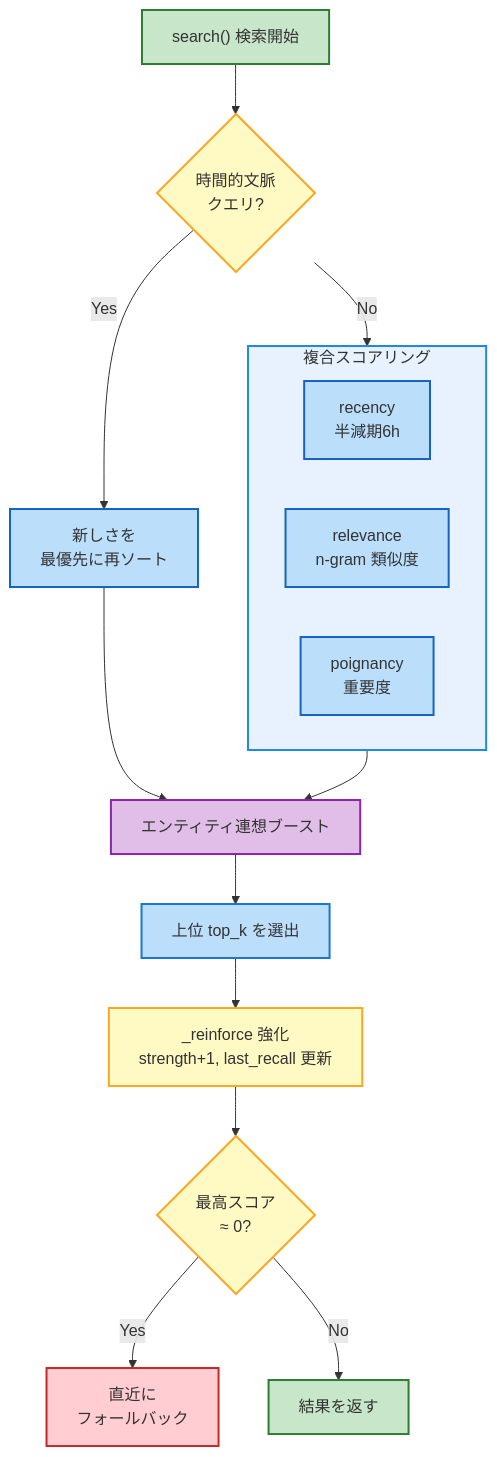
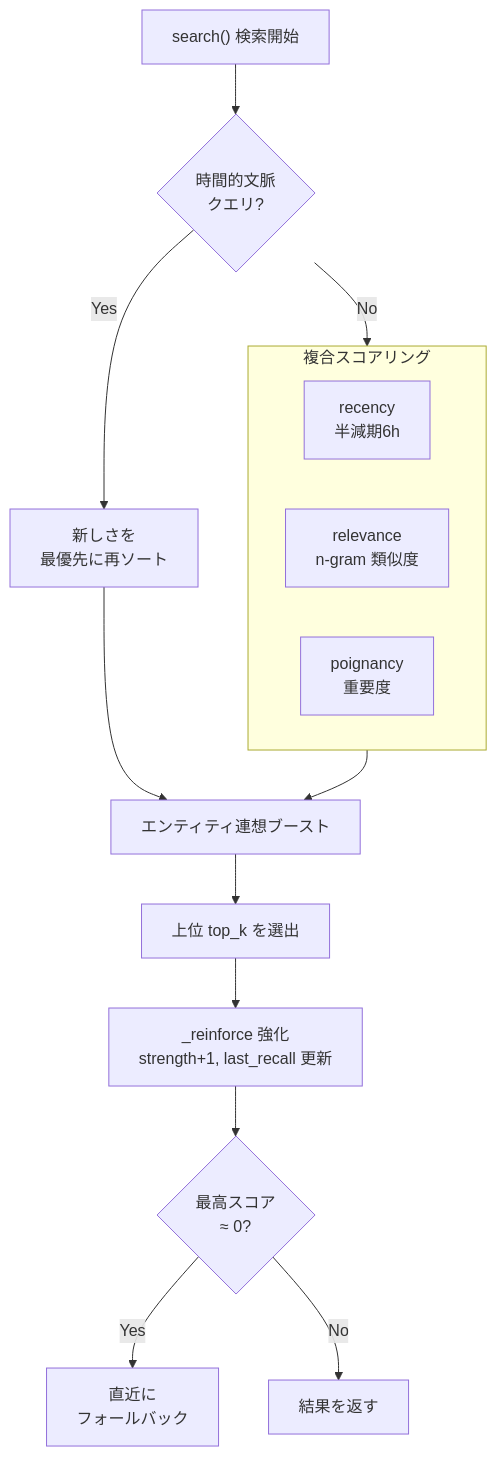
The second of 4 diagrams in README.md (kuroron000234/Project-Lucina), drawn with Mermaid before and after one commit. The commit also changed other lines of this file, not shown here.

Commit message:
Remove all colors from Mermaid diagrams, use plain black-on-white

````diff
--- a/README.md
+++ b/README.md
@@ -84,33 +71,20 @@
 ```mermaid
 flowchart TD
     subgraph SCORE["複合スコアリング"]
         direction LR
         R["recency<br/>半減期6h"]
         REL["relevance<br/>n-gram 類似度"]
         P["poignancy<br/>重要度"]
     end
 
     A["search() 検索開始"] --> B{"時間的文脈<br/>クエリ?"}
     B -- "Yes" --> T["新しさを<br/>最優先に再ソート"]
     B -- "No" --> SCORE
     T --> H["エンティティ連想ブースト"]
     SCORE --> H
     H --> I["上位 top_k を選出"]
     I --> J["_reinforce 強化<br/>strength+1, last_recall 更新"]
     J --> K{"最高スコア<br/>≈ 0?"}
     K -- "Yes" --> L["直近に<br/>フォールバック"]
     K -- "No" --> M["結果を返す"]
-
-    style A fill:#c8e6c9,stroke:#2e7d32,stroke-width:2px
-    style B fill:#fff9c4,stroke:#f9a825,stroke-width:2px
-    style T fill:#bbdefb,stroke:#1565c0,stroke-width:2px
-    style H fill:#e1bee7,stroke:#8e24aa,stroke-width:2px
-    style I fill:#bbdefb,stroke:#1976d2,stroke-width:2px
-    style J fill:#fff9c4,stroke:#f9a825,stroke-width:2px
-    style K fill:#fff9c4,stroke:#f9a825,stroke-width:2px
-    style L fill:#ffcdd2,stroke:#c62828,stroke-width:2px
-    style M fill:#c8e6c9,stroke:#2e7d32,stroke-width:2px
-    style SCORE fill:#e8f1fe,stroke:#1e88e5,stroke-width:2px
-    classDef score fill:#bbdefb,stroke:#1565c0,stroke-width:2px
-    class R,REL,P score
 ```
````
